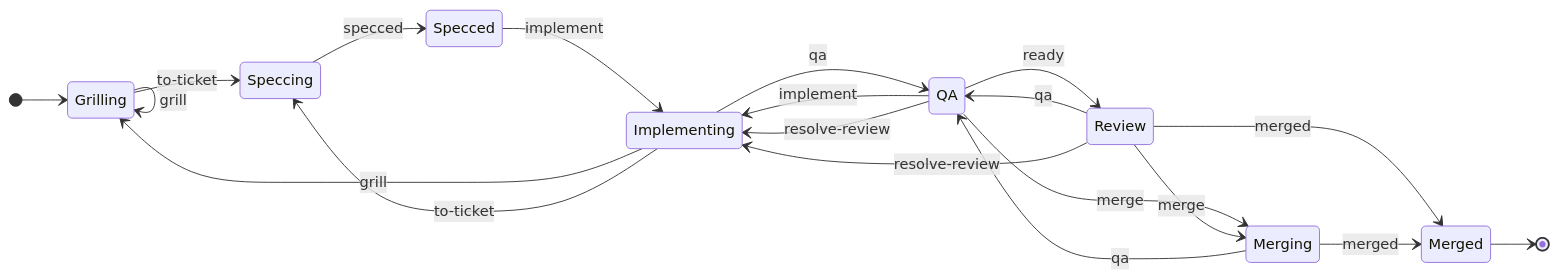
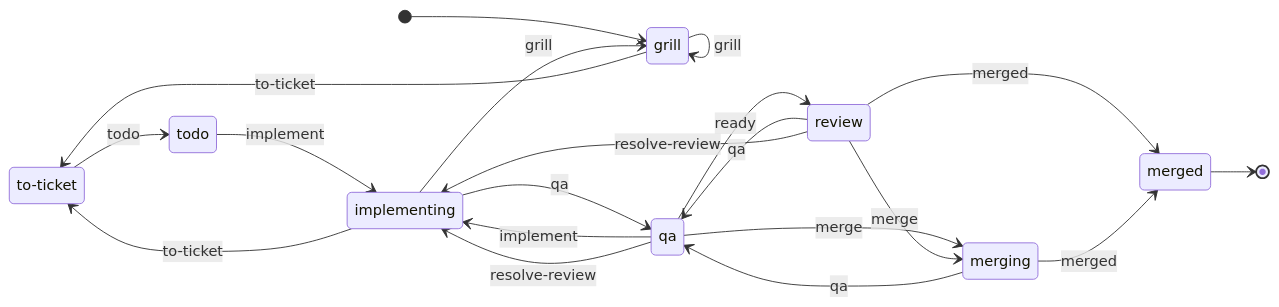
The diagram in apps/mb-workflow/docs/flow.md (MartinBernstorff/mb-workflow), drawn with Mermaid before and after one commit. The commit also changed 37 other files, not shown here.

First line of the commit message:
feat(flow): rename the flow states (MB-107) (#101)

````diff
--- a/apps/mb-workflow/docs/flow.md
+++ b/apps/mb-workflow/docs/flow.md
@@ -1,31 +1,24 @@
 ```mermaid
 stateDiagram-v2
     direction LR
-    state "Grilling" as grilling
-    state "Speccing" as speccing
-    state "Specced" as specced
-    state "Implementing" as implementing
-    state "QA" as qa
-    state "Review" as review
-    state "Merging" as merging
-    state "Merged" as merged
-    [*] --> grilling
+    state "to-ticket" as to_ticket
+    [*] --> grill
     merged --> [*]
-    grilling --> grilling : grill
-    grilling --> speccing : to-ticket
-    speccing --> specced : specced
-    specced --> implementing : implement
-    implementing --> grilling : grill
-    implementing --> speccing : to-ticket
+    grill --> grill : grill
+    grill --> to_ticket : to-ticket
+    to_ticket --> todo : todo
+    todo --> implementing : implement
+    implementing --> grill : grill
+    implementing --> to_ticket : to-ticket
     implementing --> qa : qa
     qa --> implementing : implement
     qa --> review : ready
     qa --> merging : merge
     qa --> implementing : resolve-review
     review --> qa : qa
     review --> merging : merge
     review --> merged : merged
     review --> implementing : resolve-review
     merging --> qa : qa
     merging --> merged : merged
 ```
````
